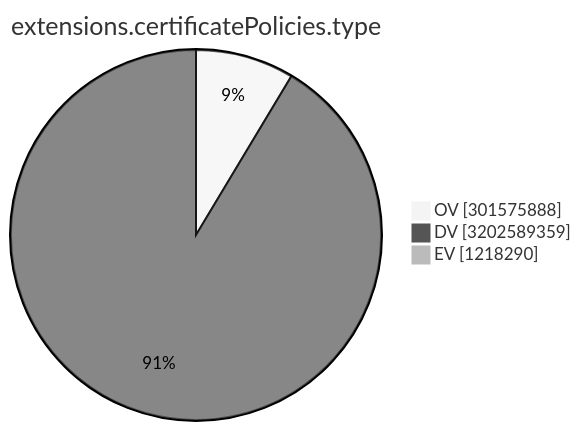
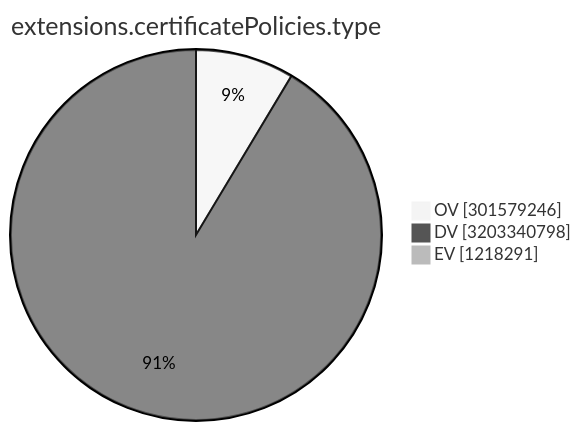
One commit to christiankrug/ctmonitor_visualization changed the ninth of 15 diagrams in TOTAL/README.md. Above: the diagram before and after it, drawn with Mermaid (neutral theme). The commit also changed other lines of this file, not shown here.

````diff
--- a/TOTAL/README.md
+++ b/TOTAL/README.md
@@ -3106,7 +3106,7 @@
 ```mermaid
 pie showData
 title extensions.certificatePolicies.type
-"OV" :301575888
-"DV" :3202589359
-"EV" :1218290
+"OV" :301579246
+"DV" :3203340798
+"EV" :1218291
 ```
````
